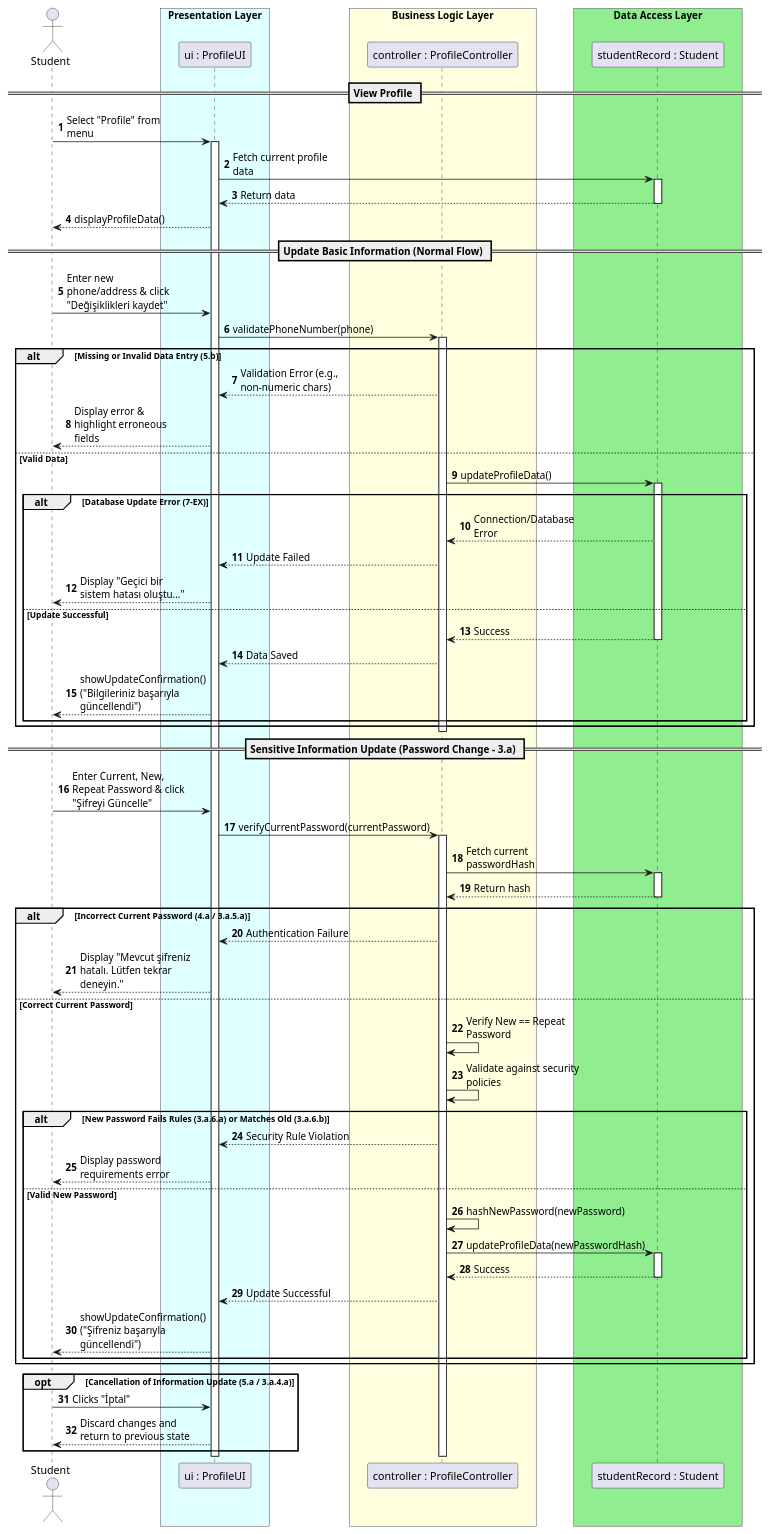
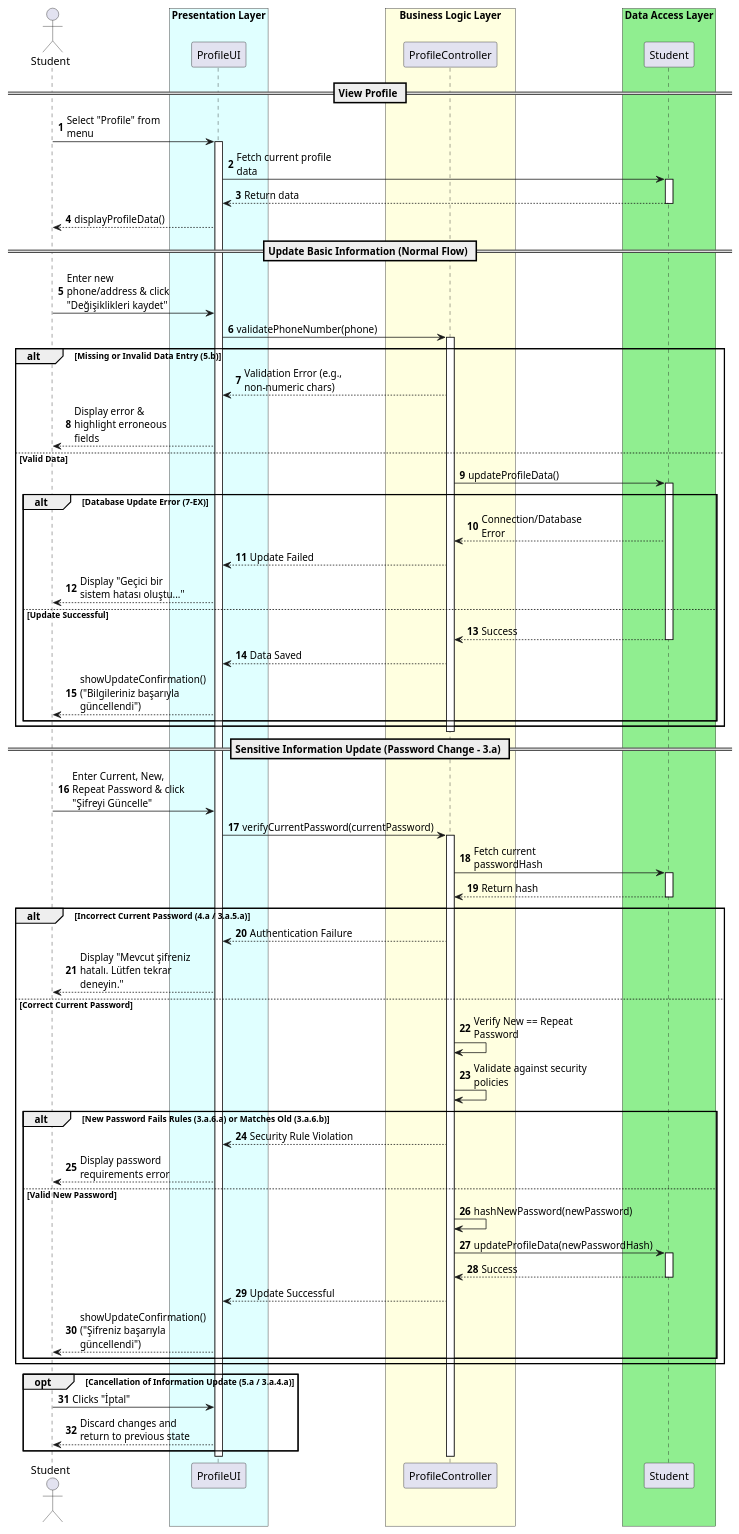
Before and after one commit to UTMS-G02/utms: the diagram in docs/uml/uc-3.puml, drawn with PlantUML. The commit also changed 6 other files, not shown here.

```diff
--- a/docs/uml/uc-3.puml
+++ b/docs/uml/uc-3.puml
@@ -1,94 +1,94 @@
 @startuml uc-3
 autonumber
 skinparam maxMessageSize 150
 skinparam ParticipantPadding 20
 skinparam BoxPadding 10
 
 actor Student
 box "Presentation Layer" #LightCyan
-participant "ui : ProfileUI" as UI
+participant "ProfileUI" as UI
 end box
 
 box "Business Logic Layer" #LightYellow
-participant "controller : ProfileController" as Controller
+participant "ProfileController" as Controller
 end box
 
 box "Data Access Layer" #LightGreen
-participant "studentRecord : Student" as DB
+participant "Student" as DB
 end box
 
 == View Profile ==
 Student -> UI: Select "Profile" from menu
 activate UI
 UI -> DB: Fetch current profile data
 activate DB
 DB --> UI: Return data
 deactivate DB
 UI --> Student: displayProfileData()
 
 == Update Basic Information (Normal Flow) ==
 Student -> UI: Enter new phone/address & click "Değişiklikleri kaydet"
 UI -> Controller: validatePhoneNumber(phone)
 activate Controller
 
 alt Missing or Invalid Data Entry (5.b)
     Controller --> UI: Validation Error (e.g., non-numeric chars)
     UI --> Student: Display error & highlight erroneous fields
 else Valid Data
     Controller -> DB: updateProfileData()
     activate DB
     
     alt Database Update Error (7-EX)
         DB --> Controller: Connection/Database Error
         Controller --> UI: Update Failed
         UI --> Student: Display "Geçici bir sistem hatası oluştu..."
     else Update Successful
         DB --> Controller: Success
         deactivate DB
         Controller --> UI: Data Saved
         UI --> Student: showUpdateConfirmation() ("Bilgileriniz başarıyla güncellendi")
     end
 end
 deactivate Controller
 
 == Sensitive Information Update (Password Change - 3.a) ==
 Student -> UI: Enter Current, New, Repeat Password & click "Şifreyi Güncelle"
 UI -> Controller: verifyCurrentPassword(currentPassword)
 activate Controller
 
 Controller -> DB: Fetch current passwordHash
 activate DB
 DB --> Controller: Return hash
 deactivate DB
 
 alt Incorrect Current Password (4.a / 3.a.5.a)
     Controller --> UI: Authentication Failure
     UI --> Student: Display "Mevcut şifreniz hatalı. Lütfen tekrar deneyin."
 else Correct Current Password
     Controller -> Controller: Verify New == Repeat Password
     Controller -> Controller: Validate against security policies
     
     alt New Password Fails Rules (3.a.6.a) or Matches Old (3.a.6.b)
         Controller --> UI: Security Rule Violation
         UI --> Student: Display password requirements error
     else Valid New Password
         Controller -> Controller: hashNewPassword(newPassword)
         Controller -> DB: updateProfileData(newPasswordHash)
         activate DB
         DB --> Controller: Success
         deactivate DB
         
         Controller --> UI: Update Successful
         UI --> Student: showUpdateConfirmation() ("Şifreniz başarıyla güncellendi")
     end
 end
 
 opt Cancellation of Information Update (5.a / 3.a.4.a)
     Student -> UI: Clicks "İptal"
     UI --> Student: Discard changes and return to previous state
 end
 
 deactivate Controller
 deactivate UI
 
 @enduml
```
